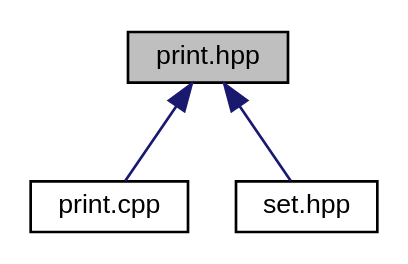
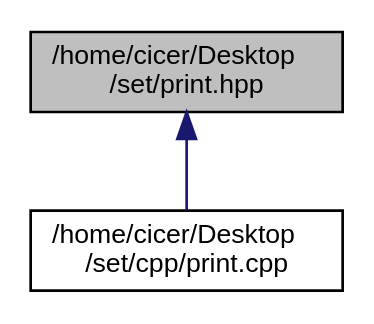
Before and after one commit to cicer-0/Doc_Set.github.io: the diagram in print_8hpp__dep__incl.dot, drawn with Graphviz. The commit also changed 104 other files, not shown here.

```diff
--- a/print_8hpp__dep__incl.dot
+++ b/print_8hpp__dep__incl.dot
@@ -1,11 +1,9 @@
-digraph "print.hpp"
+digraph "/home/cicer/Desktop/set/print.hpp"
 {
  // LATEX_PDF_SIZE
   edge [fontname="Helvetica",fontsize="10",labelfontname="Helvetica",labelfontsize="10"];
   node [fontname="Helvetica",fontsize="10",shape=record];
-  Node1 [label="print.hpp",height=0.2,width=0.4,color="black", fillcolor="grey75", style="filled", fontcolor="black",tooltip="Salida a Colores."];
+  Node1 [label="/home/cicer/Desktop\l/set/print.hpp",height=0.2,width=0.4,color="black", fillcolor="grey75", style="filled", fontcolor="black",tooltip="Salida a Colores."];
   Node1 -> Node2 [dir="back",color="midnightblue",fontsize="10",style="solid",fontname="Helvetica"];
-  Node2 [label="print.cpp",height=0.2,width=0.4,color="black", fillcolor="white", style="filled",URL="$print_8cpp.html",tooltip=" "];
-  Node1 -> Node3 [dir="back",color="midnightblue",fontsize="10",style="solid",fontname="Helvetica"];
-  Node3 [label="set.hpp",height=0.2,width=0.4,color="black", fillcolor="white", style="filled",URL="$set_8hpp.html",tooltip="Manipular conjuntos."];
+  Node2 [label="/home/cicer/Desktop\l/set/cpp/print.cpp",height=0.2,width=0.4,color="black", fillcolor="white", style="filled",URL="$print_8cpp.html",tooltip=" "];
 }
```
